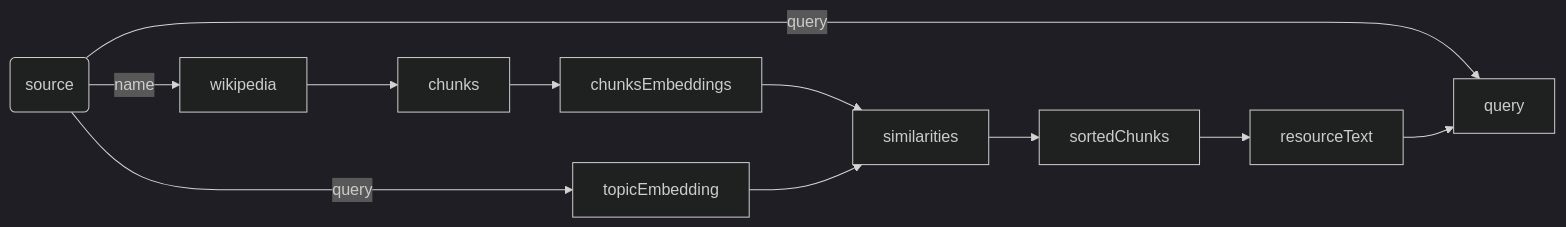
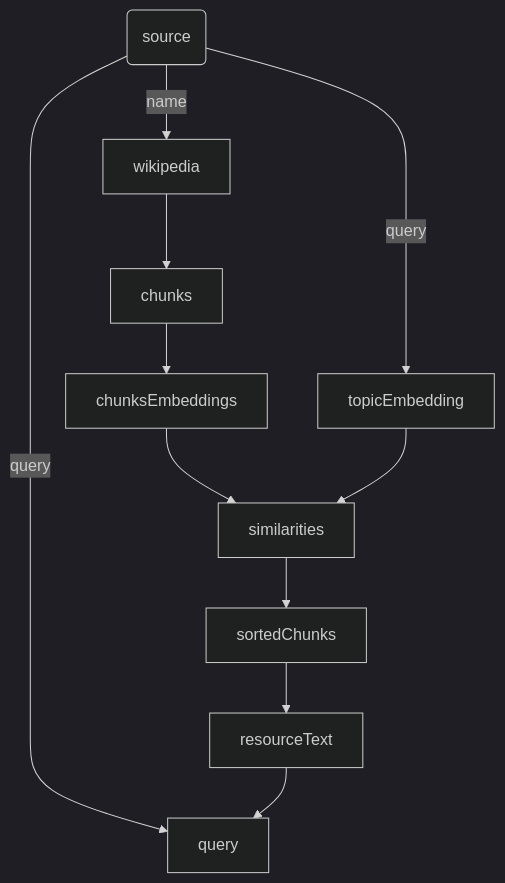
The diagram in README.md (receptron/graphai), drawn with Mermaid (dark theme) before and after one commit. The commit also changed other lines of this file, not shown here.

````diff
--- a/README.md
+++ b/README.md
@@ -58,13 +62,13 @@
 ```mermaid
-flowchart LR
+flowchart TD
  source(source) -- name --> wikipedia
  source -- query --> topicEmbedding
  wikipedia --> chunks
  chunks --> chunksEmbeddings
  chunksEmbeddings --> similarities
  topicEmbedding --> similarities
  similarities --> sortedChunks
  sortedChunks --> resourceText
  source -- query --> query
  resourceText --> query
 ```
````
